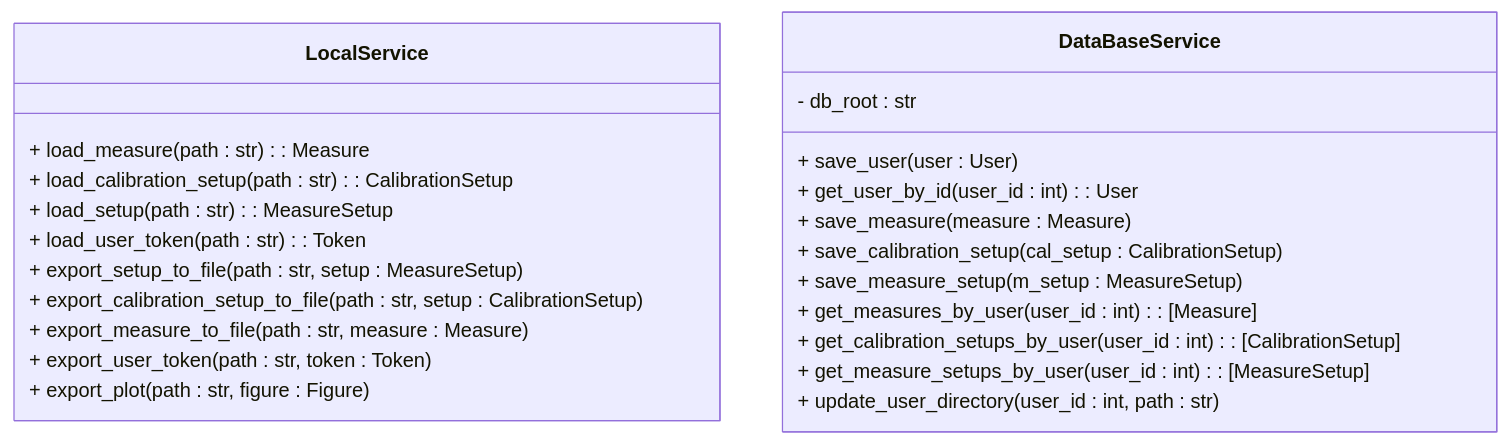
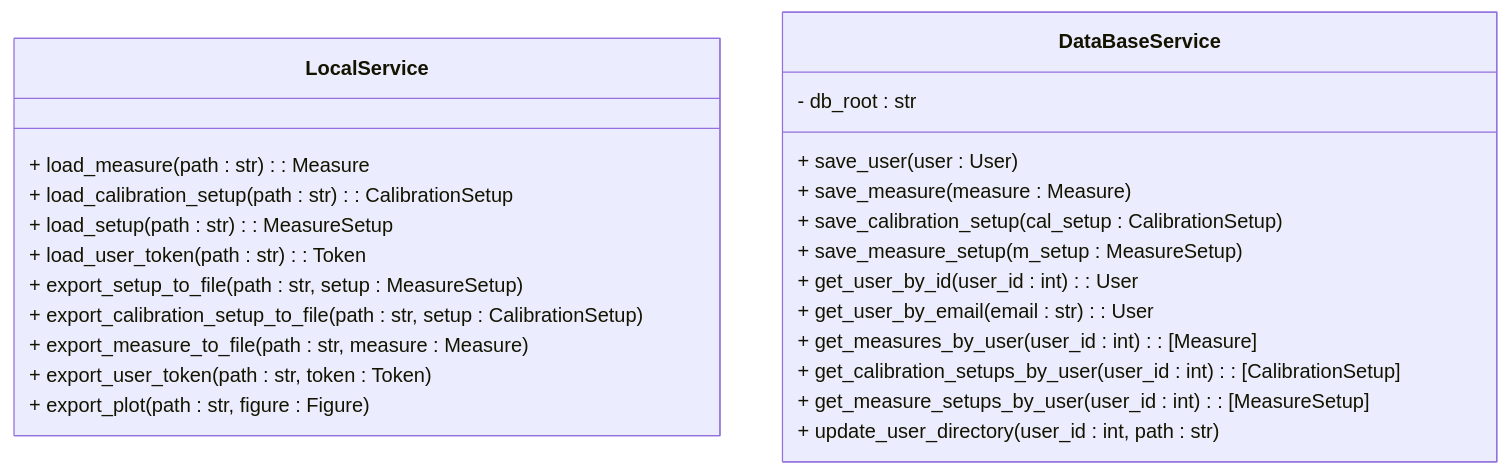
The tenth of 15 diagrams in Gmini-MarkDown/Diagramas/Diagramas de Clases.md (alegrelias/Repo-GMini), drawn with Mermaid before and after one commit. The commit also changed other lines of this file, not shown here.

````diff
--- a/Gmini-MarkDown/Diagramas/Diagramas de Clases.md
+++ b/Gmini-MarkDown/Diagramas/Diagramas de Clases.md
@@ -766,31 +767,32 @@
 ```mermaid
 classDiagram
 
 %% persistencia
 class LocalService{
 	%% operaciones en archivos
 	+ load_measure(path : str) : Measure
 	+ load_calibration_setup(path : str) : CalibrationSetup
 	+ load_setup(path : str) : MeasureSetup
 	+ load_user_token(path : str) : Token
 	+ export_setup_to_file(path : str, setup : MeasureSetup)
 	+ export_calibration_setup_to_file(path : str, setup : CalibrationSetup)
 	+ export_measure_to_file(path : str, measure : Measure)
 	+ export_user_token(path : str, token : Token)
 	+ export_plot(path : str, figure : Figure)
 }
 class DataBaseService{
 	- db_root : str
 	%% operaciones en db
 	+ save_user(user : User)
-	+ get_user_by_id(user_id : int): User
 	+ save_measure(measure : Measure)
 	+ save_calibration_setup(cal_setup : CalibrationSetup)
 	+ save_measure_setup(m_setup : MeasureSetup)
+	+ get_user_by_id(user_id : int): User
+	+ get_user_by_email(email : str): User
 	+ get_measures_by_user(user_id : int) : [Measure]
 	+ get_calibration_setups_by_user(user_id : int) : [CalibrationSetup]
 	+ get_measure_setups_by_user(user_id : int) : [MeasureSetup]
 	+ update_user_directory(user_id : int, path : str) 
 }
 
 ```
````
